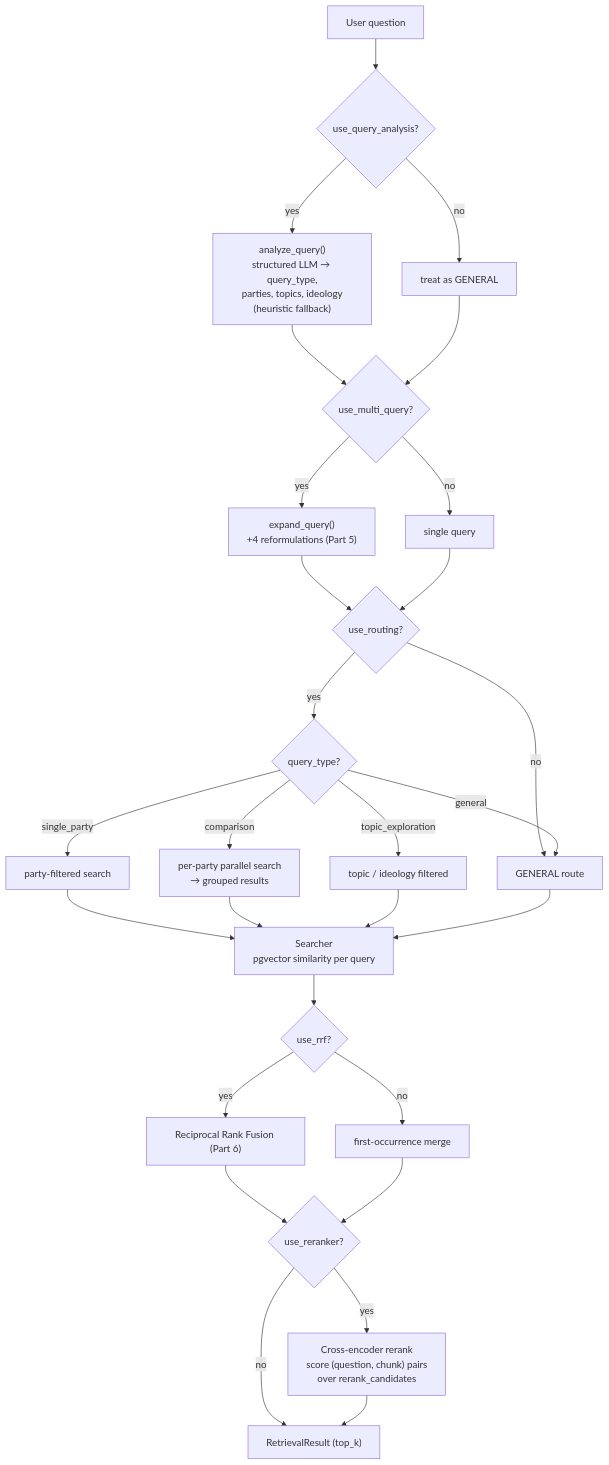
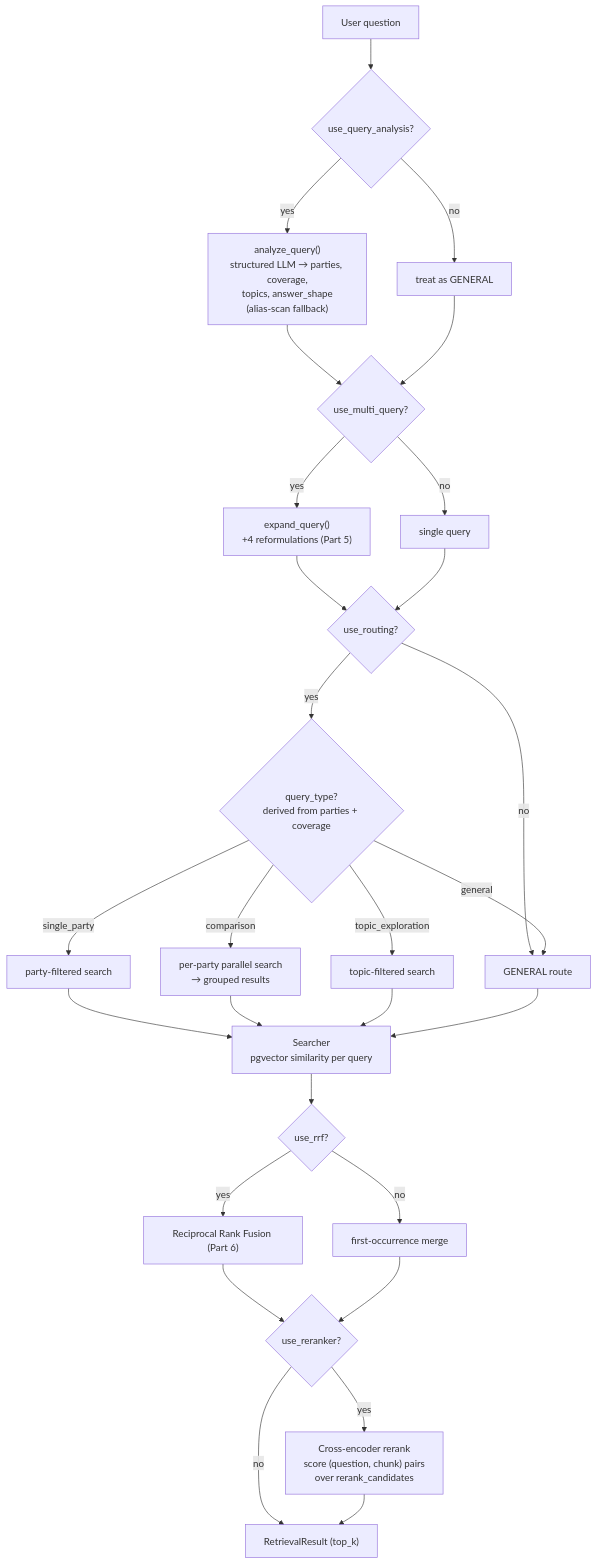
Before and after one commit to afonsoni/thesis: the third of 5 diagrams in docs/architecture.md, drawn with Mermaid. The commit also changed other lines of this file and 10 other files, not shown here.

First line of the commit message:
feat(generation,eval): dispatch on answer shape, bound prompts by tokens

````diff
--- a/docs/architecture.md
+++ b/docs/architecture.md
@@ -83,35 +83,35 @@
 ```mermaid
 flowchart TD
     Q["User question"] --> AQ{"use_query_analysis?"}
-    AQ -->|yes| AN["analyze_query()<br/>structured LLM → query_type,<br/>parties, topics, ideology<br/>(heuristic fallback)"]
+    AQ -->|yes| AN["analyze_query()<br/>structured LLM → parties, coverage,<br/>topics, answer_shape<br/>(alias-scan fallback)"]
     AQ -->|no| GEN0["treat as GENERAL"]
 
     AN --> MQ{"use_multi_query?"}
     GEN0 --> MQ
     MQ -->|yes| EX["expand_query()<br/>+4 reformulations (Part 5)"]
     MQ -->|no| ONE["single query"]
 
     EX --> RT{"use_routing?"}
     ONE --> RT
     RT -->|no| G["GENERAL route"]
-    RT -->|yes| TYPE{"query_type?"}
+    RT -->|yes| TYPE{"query_type?<br/>derived from parties + coverage"}
 
     TYPE -->|single_party| SP["party-filtered search"]
     TYPE -->|comparison| CMP["per-party parallel search<br/>→ grouped results"]
-    TYPE -->|topic_exploration| TP["topic / ideology filtered"]
+    TYPE -->|topic_exploration| TP["topic-filtered search"]
     TYPE -->|general| G
 
     SP --> S["Searcher<br/>pgvector similarity per query"]
     CMP --> S
     TP --> S
     G --> S
 
     S --> RRF{"use_rrf?"}
     RRF -->|yes| FUSE["Reciprocal Rank Fusion (Part 6)"]
     RRF -->|no| ORDER["first-occurrence merge"]
     FUSE --> RR{"use_reranker?"}
     ORDER --> RR
     RR -->|no| RES["RetrievalResult (top_k)"]
     RR -->|yes| CE["Cross-encoder rerank<br/>score (question, chunk) pairs<br/>over rerank_candidates"]
     CE --> RES
 ```
````
